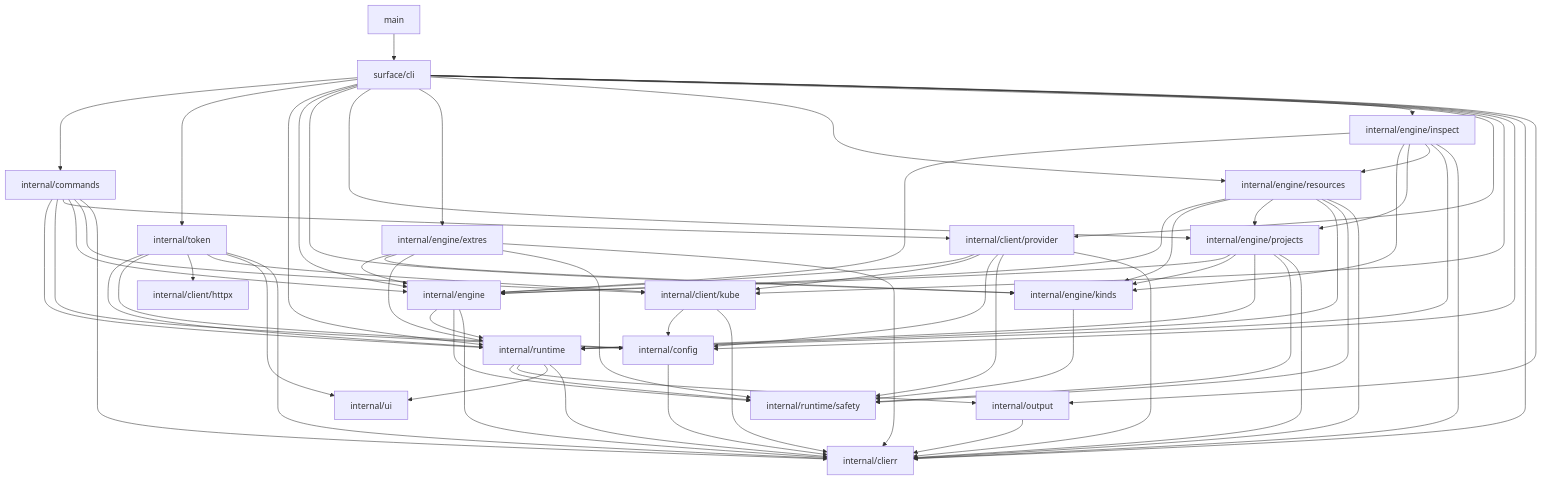
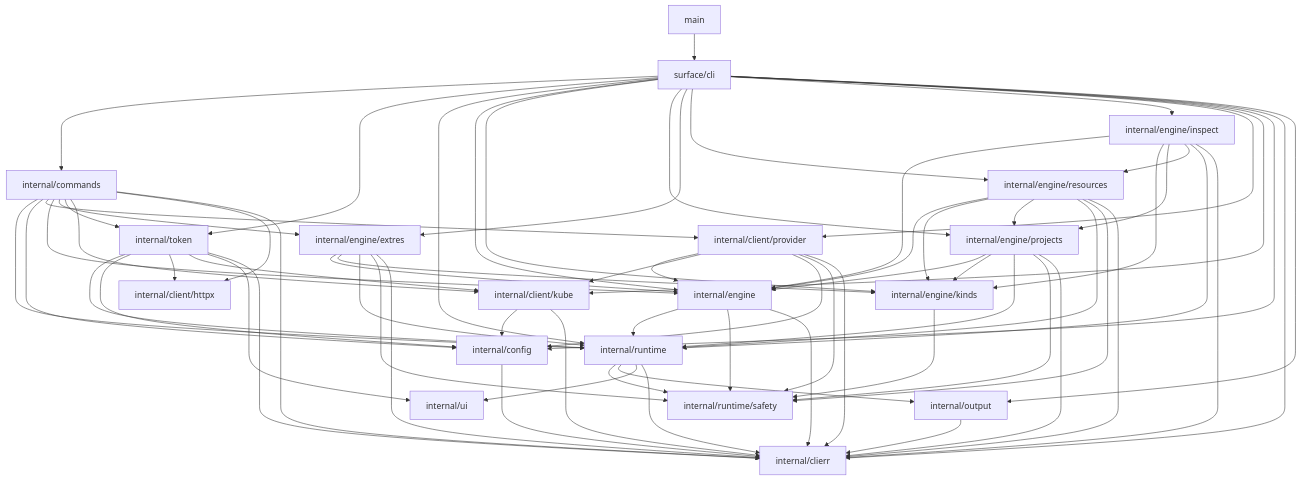
The diagram in ARCHITECTURE.md (rancher/rancher-cli), drawn with Mermaid before and after one commit. The commit also changed 5 other files, not shown here.

```diff
--- a/ARCHITECTURE.md
+++ b/ARCHITECTURE.md
@@ -108,7 +108,10 @@
     commands --> config
     commands --> provider
     commands --> engine
+    commands --> extres
+    commands --> token
     commands --> kube
+    commands --> httpx
     commands --> clierr
 
     token --> runtime
```
